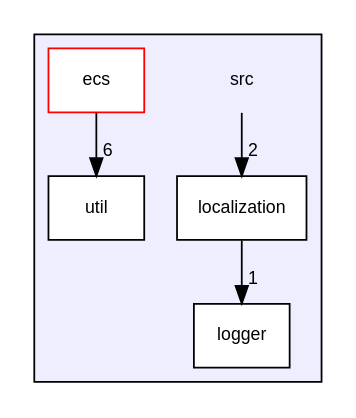
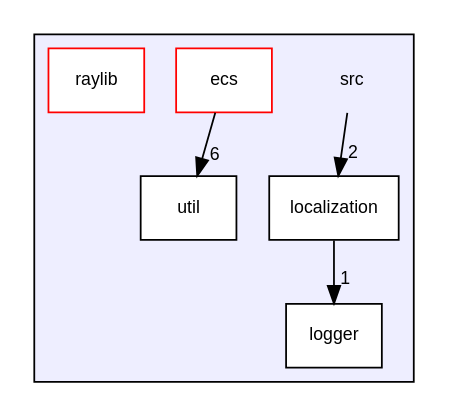
Before and after one commit to MisterPeModder/Bomberman-Global-Offensive: the diagram in dir_68267d1309a1af8e8297ef4c3efbcdba_dep.dot, drawn with Graphviz. The commit also changed 525 other files, not shown here.

```diff
--- a/dir_68267d1309a1af8e8297ef4c3efbcdba_dep.dot
+++ b/dir_68267d1309a1af8e8297ef4c3efbcdba_dep.dot
@@ -1,16 +1,17 @@
 digraph "src" {
   compound=true
   node [ fontsize="10", fontname="Helvetica"];
   edge [ labelfontsize="10", labelfontname="Helvetica"];
   subgraph clusterdir_68267d1309a1af8e8297ef4c3efbcdba {
     graph [ bgcolor="#eeeeff", pencolor="black", label="" URL="dir_68267d1309a1af8e8297ef4c3efbcdba.html"];
     dir_68267d1309a1af8e8297ef4c3efbcdba [shape=plaintext label="src"];
     dir_ddca5f149c4ce13074f28b270e950ba9 [shape=box label="ecs" color="red" fillcolor="white" style="filled" URL="dir_ddca5f149c4ce13074f28b270e950ba9.html"];
     dir_502e2e551a70cf7978464aef90fcfcf1 [shape=box label="localization" color="black" fillcolor="white" style="filled" URL="dir_502e2e551a70cf7978464aef90fcfcf1.html"];
     dir_ffde1fbcaa8d6b0d34e29c3bddf7a801 [shape=box label="logger" color="black" fillcolor="white" style="filled" URL="dir_ffde1fbcaa8d6b0d34e29c3bddf7a801.html"];
+    dir_d4cc5f0b3cfddd1b0952a9e00053f649 [shape=box label="raylib" color="red" fillcolor="white" style="filled" URL="dir_d4cc5f0b3cfddd1b0952a9e00053f649.html"];
     dir_b7878ad5ecbf2506f4125b9d34c97e45 [shape=box label="util" color="black" fillcolor="white" style="filled" URL="dir_b7878ad5ecbf2506f4125b9d34c97e45.html"];
   }
   dir_68267d1309a1af8e8297ef4c3efbcdba->dir_502e2e551a70cf7978464aef90fcfcf1 [headlabel="2", labeldistance=1.5 headhref="dir_000000_000007.html"];
-  dir_ddca5f149c4ce13074f28b270e950ba9->dir_b7878ad5ecbf2506f4125b9d34c97e45 [headlabel="6", labeldistance=1.5 headhref="dir_000001_000009.html"];
+  dir_ddca5f149c4ce13074f28b270e950ba9->dir_b7878ad5ecbf2506f4125b9d34c97e45 [headlabel="6", labeldistance=1.5 headhref="dir_000001_000014.html"];
   dir_502e2e551a70cf7978464aef90fcfcf1->dir_ffde1fbcaa8d6b0d34e29c3bddf7a801 [headlabel="1", labeldistance=1.5 headhref="dir_000007_000008.html"];
 }
```
